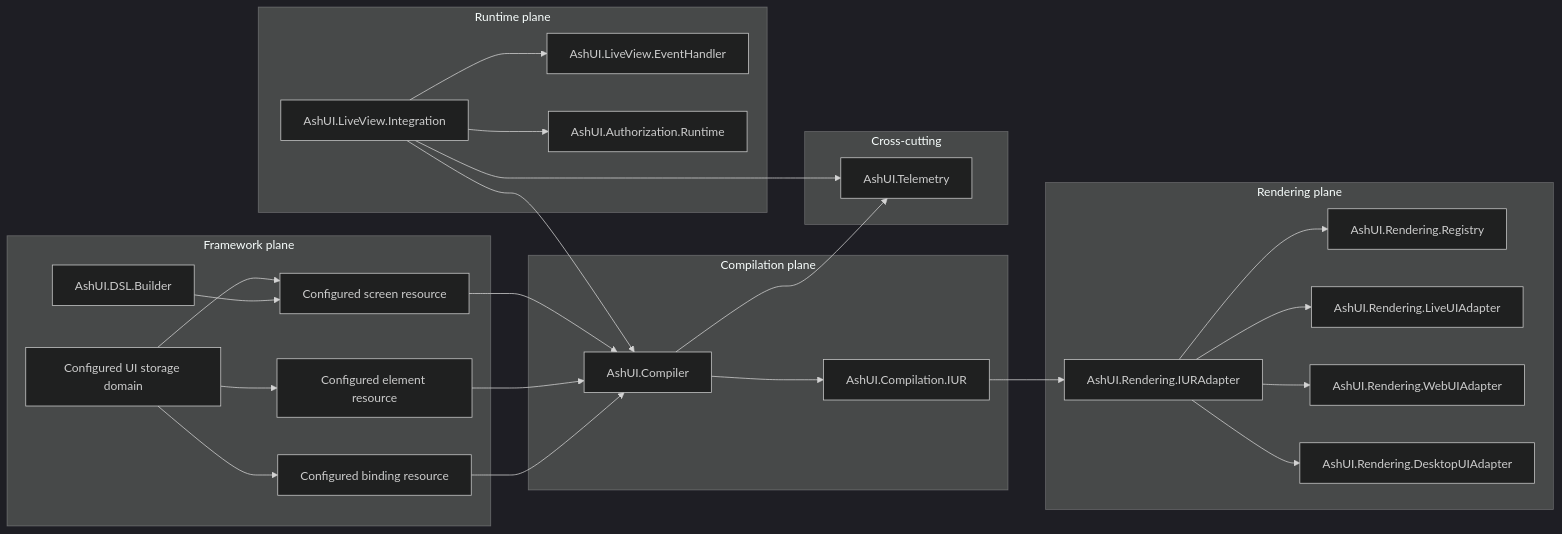
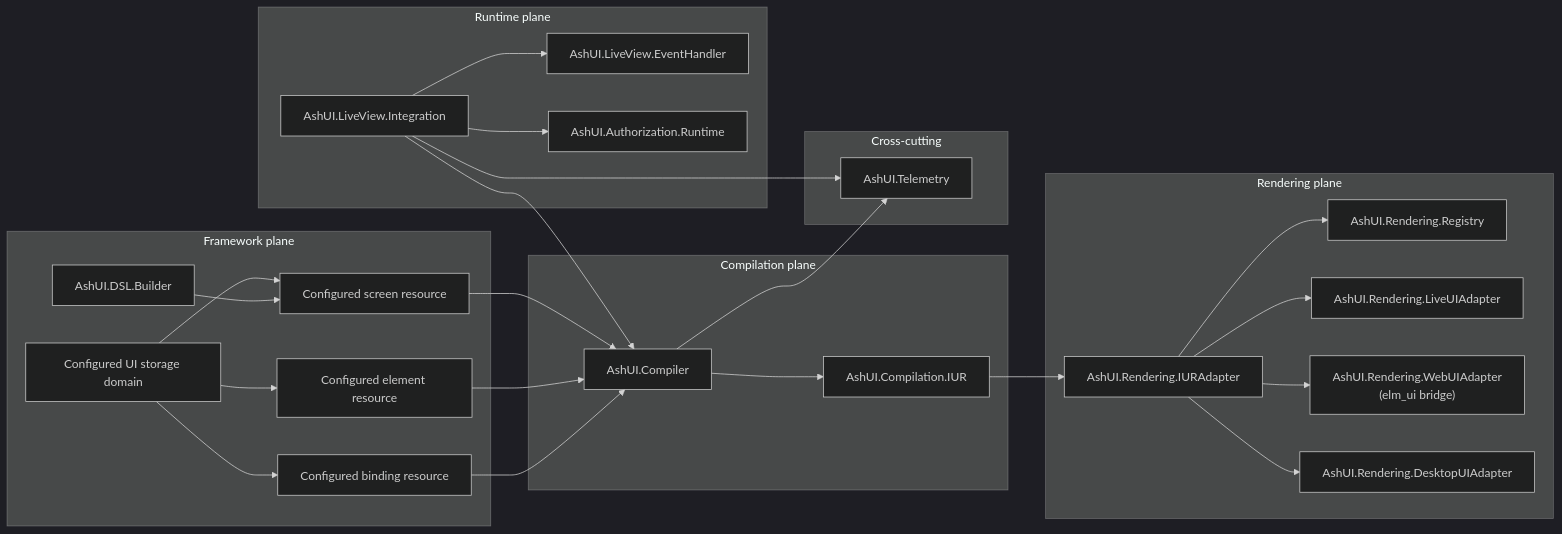
Before and after one commit to The-Metagraph/ash_ui: the diagram in guides/developer/DG-0001-architecture-overview.md, drawn with Mermaid (dark theme). The commit also changed other lines of this file and 10 other files, not shown here.

````diff
--- a/guides/developer/DG-0001-architecture-overview.md
+++ b/guides/developer/DG-0001-architecture-overview.md
@@ -33,52 +33,52 @@
 ```mermaid
 flowchart LR
     subgraph Framework["Framework plane"]
         Domain["Configured UI storage domain"]
         Screen["Configured screen resource"]
         Element["Configured element resource"]
         Binding["Configured binding resource"]
         Builder["AshUI.DSL.Builder"]
     end
 
     subgraph Compilation["Compilation plane"]
         Compiler["AshUI.Compiler"]
         IUR["AshUI.Compilation.IUR"]
     end
 
     subgraph Runtime["Runtime plane"]
         Live["AshUI.LiveView.Integration"]
         Events["AshUI.LiveView.EventHandler"]
         Auth["AshUI.Authorization.Runtime"]
     end
 
     subgraph Rendering["Rendering plane"]
         Adapter["AshUI.Rendering.IURAdapter"]
         Registry["AshUI.Rendering.Registry"]
         LiveAdapter["AshUI.Rendering.LiveUIAdapter"]
-        WebAdapter["AshUI.Rendering.WebUIAdapter"]
+        WebAdapter["AshUI.Rendering.WebUIAdapter<br/>(elm_ui bridge)"]
         DesktopAdapter["AshUI.Rendering.DesktopUIAdapter"]
     end
 
     subgraph Observability["Cross-cutting"]
         Telemetry["AshUI.Telemetry"]
     end
 
     Domain --> Screen
     Domain --> Element
     Domain --> Binding
     Builder --> Screen
     Screen --> Compiler
     Element --> Compiler
     Binding --> Compiler
     Compiler --> IUR
     IUR --> Adapter
     Adapter --> Registry
     Live --> Auth
     Live --> Compiler
     Live --> Events
     Live --> Telemetry
     Compiler --> Telemetry
     Adapter --> LiveAdapter
     Adapter --> WebAdapter
     Adapter --> DesktopAdapter
 ```
````
